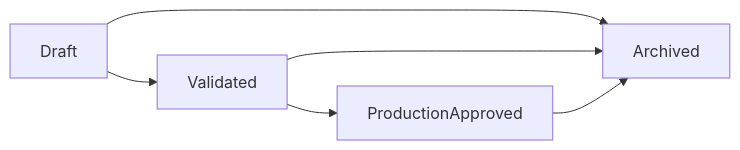
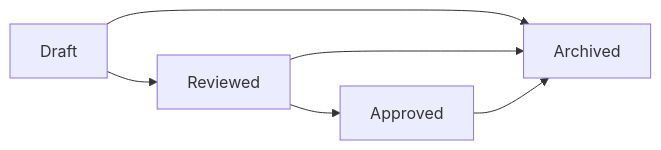
One commit to bizarc/demo changed the diagram in docs/research-skill-design.md. Above: the diagram before and after it, drawn with Mermaid. The commit also changed other lines of this file and 17 other files, not shown here.

First line of the commit message:
RECON KB link table and reviewed/approved lifecycle

````diff
--- a/docs/research-skill-design.md
+++ b/docs/research-skill-design.md
@@ -65,13 +65,13 @@
 ```mermaid
 flowchart LR
   draft[Draft]
-  validated[Validated]
-  approved[ProductionApproved]
+  reviewed[Reviewed]
+  approved[Approved]
   archived[Archived]
 
-  draft --> validated
-  validated --> approved
+  draft --> reviewed
+  reviewed --> approved
   draft --> archived
-  validated --> archived
+  reviewed --> archived
   approved --> archived
 ```
````
